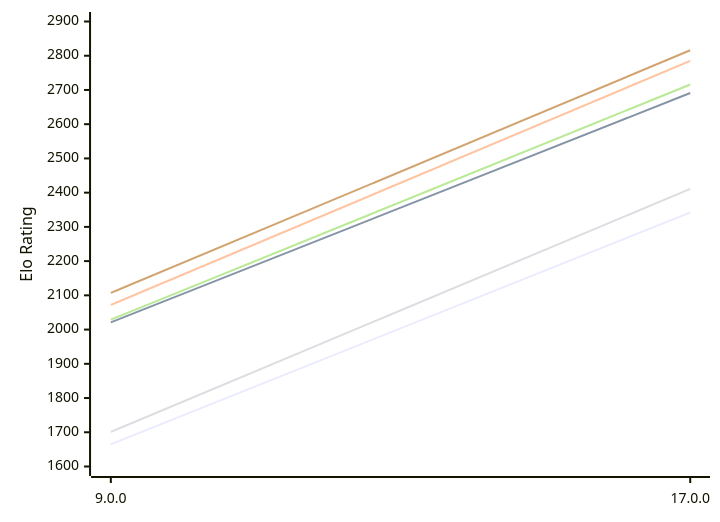
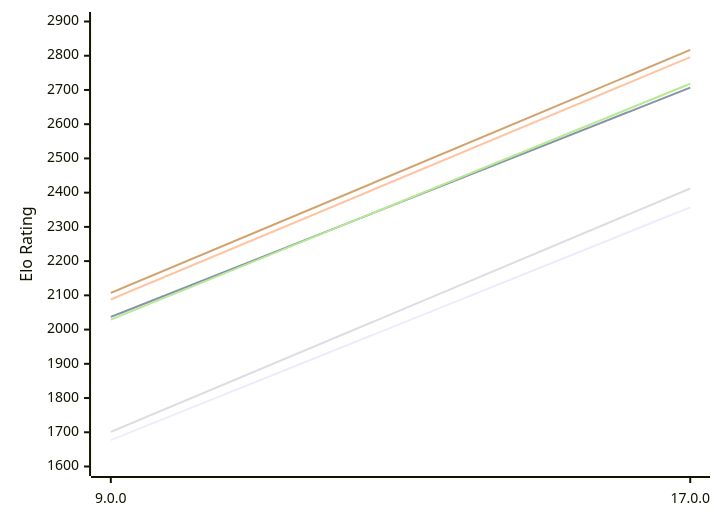
One commit to computer-chess-index/cci changed the first of 2 diagrams in engines/Cepimetheus.md. Above: the diagram before and after it, drawn with Mermaid. The commit also changed other lines of this file, not shown here.

Commit message:
Update CCI Ratings (ELO VLTC) - 2026-11-11

````diff
--- a/engines/Cepimetheus.md
+++ b/engines/Cepimetheus.md
@@ -62,12 +62,12 @@
 ```mermaid
 %%{init: {"theme":"base","themeVariables":{"seriesColors:['#a3a3a3','#222221','#faa371']}}}%%
 xychart-beta
   x-axis ["9.0.0", "17.0.0"]
   y-axis "Elo Rating" 1600 --> 2900
-  line "E1: STC (8.0+0.08s)" [1665, 2342]
-  line "E1: LTC (60.0+0.60s)" [2021, 2691]
-  line "E1: VLTC (2m24s+1.12s)" [2072, 2785]
-  line "P1: STC (8.0+0.08s)" [1701, 2411]
-  line "P1: LTC (60.0+0.60s)" [2029, 2716]
-  line "P1: VLTC (2m24s+1.12s)" [2107, 2816]
+  line "E1: STC (8.0+0.08s)" [1677, 2357]
+  line "E1: LTC (60.0+0.60s)" [2037, 2707]
+  line "E1: VLTC (2m24s+1.12s)" [2088, 2796]
+  line "P1: STC (8.0+0.08s)" [1701, 2412]
+  line "P1: LTC (60.0+0.60s)" [2029, 2718]
+  line "P1: VLTC (2m24s+1.12s)" [2107, 2817]
 ```
````
